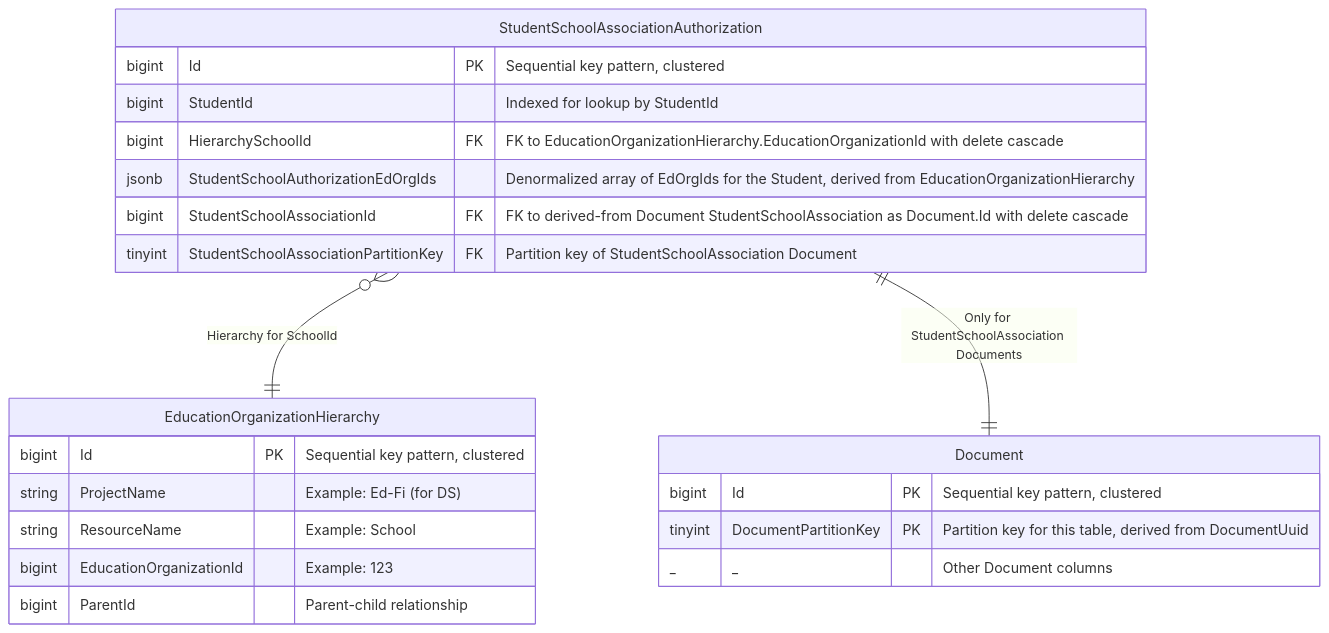
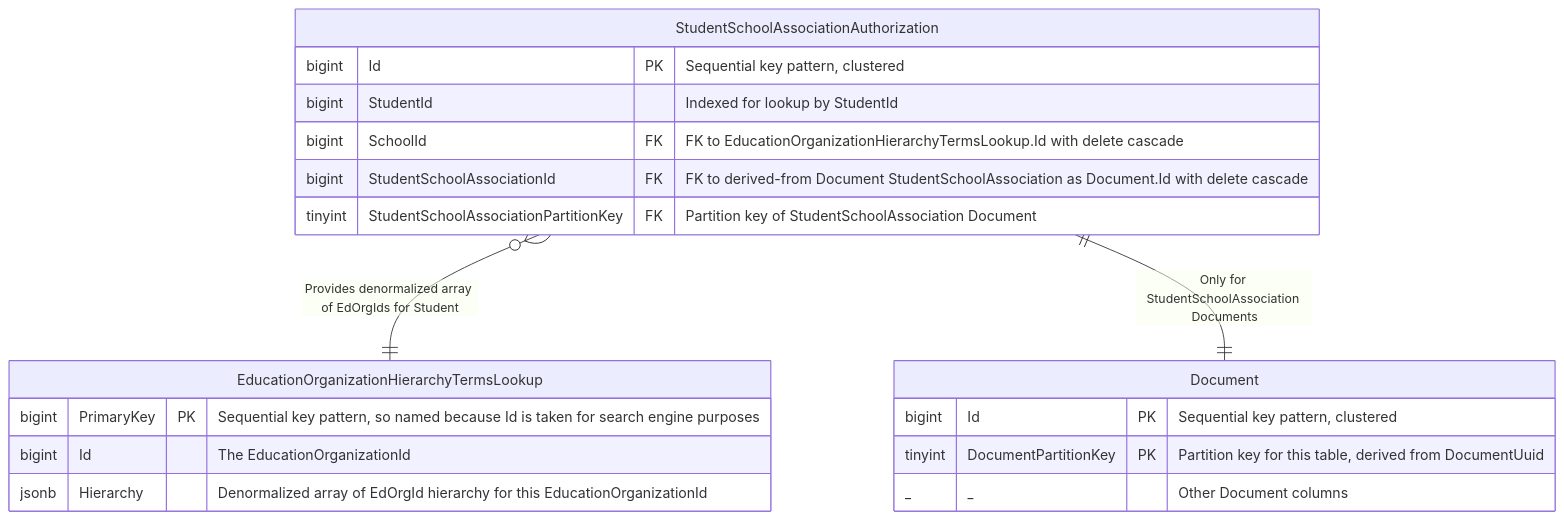
Before and after one commit to Ed-Fi-Alliance-OSS/Project-Tanager: the first of 2 diagrams in docs/DMS/AUTHORIZATION/STUDENT-EDORG-AUTHORIZATION.md, drawn with Mermaid. The commit also changed other lines of this file, not shown here.

````diff
--- a/docs/DMS/AUTHORIZATION/STUDENT-EDORG-AUTHORIZATION.md
+++ b/docs/DMS/AUTHORIZATION/STUDENT-EDORG-AUTHORIZATION.md
@@ -13,25 +15,22 @@
 ```mermaid
 erDiagram
-    StudentSchoolAssociationAuthorization o{--|| EducationOrganizationHierarchy : "Hierarchy for SchoolId"
+    StudentSchoolAssociationAuthorization o{--|| EducationOrganizationHierarchyTermsLookup : "Provides denormalized array of EdOrgIds for Student"
     StudentSchoolAssociationAuthorization ||--|| Document : "Only for StudentSchoolAssociation Documents"
     StudentSchoolAssociationAuthorization {
         bigint Id PK "Sequential key pattern, clustered"
         bigint StudentId "Indexed for lookup by StudentId"
-        bigint HierarchySchoolId FK "FK to EducationOrganizationHierarchy.EducationOrganizationId with delete cascade"
-        jsonb StudentSchoolAuthorizationEdOrgIds "Denormalized array of EdOrgIds for the Student, derived from EducationOrganizationHierarchy"
+        bigint SchoolId FK "FK to EducationOrganizationHierarchyTermsLookup.Id with delete cascade"
         bigint StudentSchoolAssociationId FK "FK to derived-from Document StudentSchoolAssociation as Document.Id with delete cascade"
         tinyint StudentSchoolAssociationPartitionKey FK "Partition key of StudentSchoolAssociation Document"
     }
-    EducationOrganizationHierarchy {
-        bigint Id PK "Sequential key pattern, clustered"
-        string ProjectName "Example: Ed-Fi (for DS)"
-        string ResourceName "Example: School"
-        bigint EducationOrganizationId "Example: 123"
-        bigint ParentId "Parent-child relationship"
+    EducationOrganizationHierarchyTermsLookup {
+        bigint PrimaryKey PK "Sequential key pattern, so named because Id is taken for search engine purposes"
+        bigint Id "The EducationOrganizationId"
+        jsonb Hierarchy "Denormalized array of EdOrgId hierarchy for this EducationOrganizationId"
     }
     Document {
         bigint Id PK "Sequential key pattern, clustered"
         tinyint DocumentPartitionKey PK "Partition key for this table, derived from DocumentUuid"
         _ _ "Other Document columns"
     }
 ```
````
